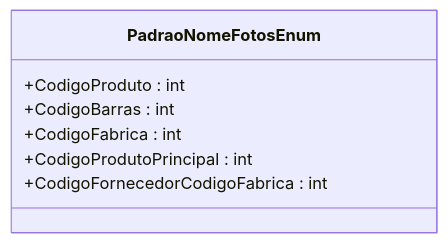
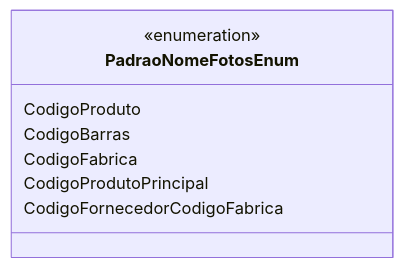
The diagram in docs/b2b-dominio/IsthmusWinthor.Nucleo/IsthmusWinthor.Dominio/Enumeradores/PadraoNomeFotosEnum.md (IsthmusSistemas/documentacao-tecnica), drawn with Mermaid before and after one commit. The commit also changed other lines of this file and 882 other files, not shown here.

````diff
--- a/docs/b2b-dominio/IsthmusWinthor.Nucleo/IsthmusWinthor.Dominio/Enumeradores/PadraoNomeFotosEnum.md
+++ b/docs/b2b-dominio/IsthmusWinthor.Nucleo/IsthmusWinthor.Dominio/Enumeradores/PadraoNomeFotosEnum.md
@@ -12,10 +15,11 @@
 ```mermaid
 classDiagram
     class PadraoNomeFotosEnum {
-        +CodigoProduto : int
-        +CodigoBarras : int
-        +CodigoFabrica : int
-        +CodigoProdutoPrincipal : int
-        +CodigoFornecedorCodigoFabrica : int
+        <<enumeration>>
+        CodigoProduto
+        CodigoBarras
+        CodigoFabrica
+        CodigoProdutoPrincipal
+        CodigoFornecedorCodigoFabrica
     }
 ```
````
